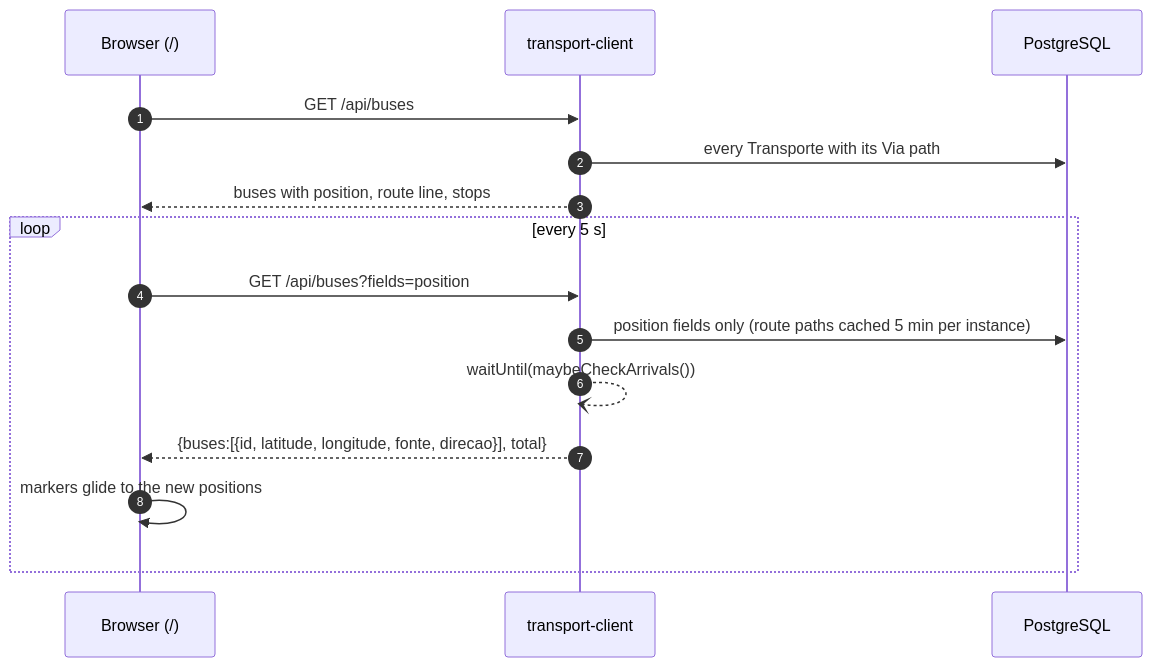
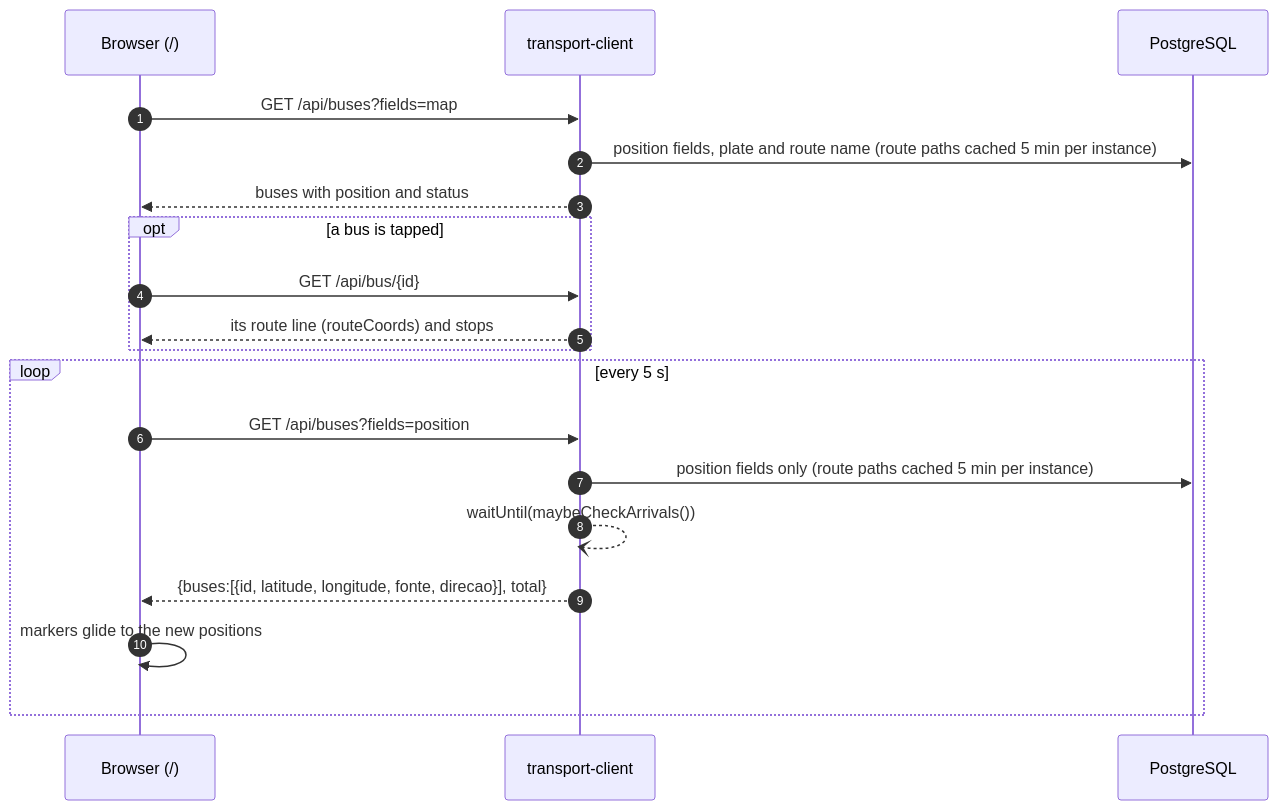
The second of 8 diagrams in docs/data-flow.md (transportmozambique/Transport-Mozambique), drawn with Mermaid before and after one commit. The commit also changed 6 other files, not shown here.

First line of the commit message:
perf(client): the home map no longer downloads every bus's route

````diff
--- a/docs/data-flow.md
+++ b/docs/data-flow.md
@@ -69,17 +69,21 @@
 ```mermaid
 sequenceDiagram
   autonumber
   participant B as Browser (/)
   participant C as transport-client
   participant DB as PostgreSQL
-  B->>C: GET /api/buses
-  C->>DB: every Transporte with its Via path
-  C-->>B: buses with position, route line, stops
+  B->>C: GET /api/buses?fields=map
+  C->>DB: position fields, plate and route name (route paths cached 5 min per instance)
+  C-->>B: buses with position and status
+  opt a bus is tapped
+    B->>C: GET /api/bus/{id}
+    C-->>B: its route line (routeCoords) and stops
+  end
   loop every 5 s
     B->>C: GET /api/buses?fields=position
     C->>DB: position fields only (route paths cached 5 min per instance)
     C--)C: waitUntil(maybeCheckArrivals())
     C-->>B: {buses:[{id, latitude, longitude, fonte, direcao}], total}
     B->>B: markers glide to the new positions
   end
 ```
````
